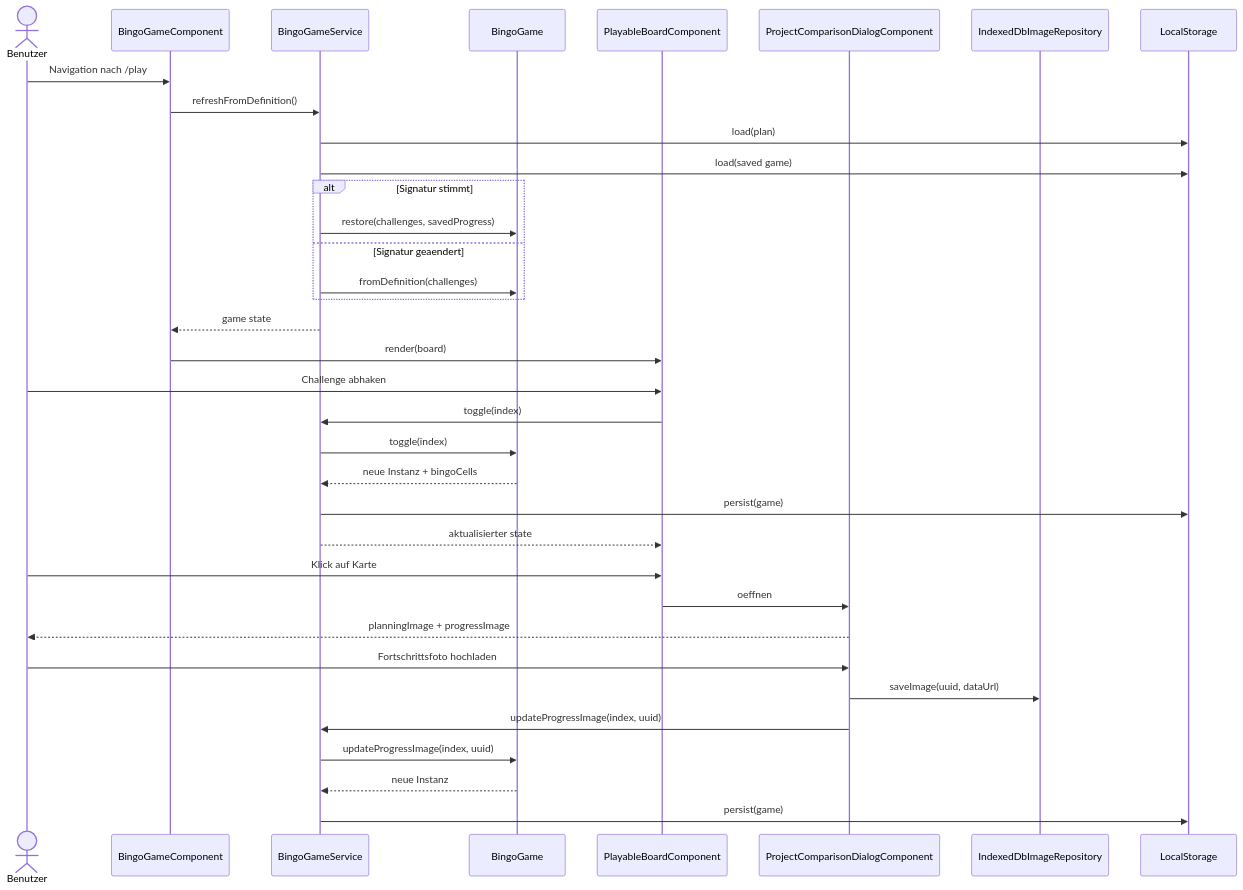
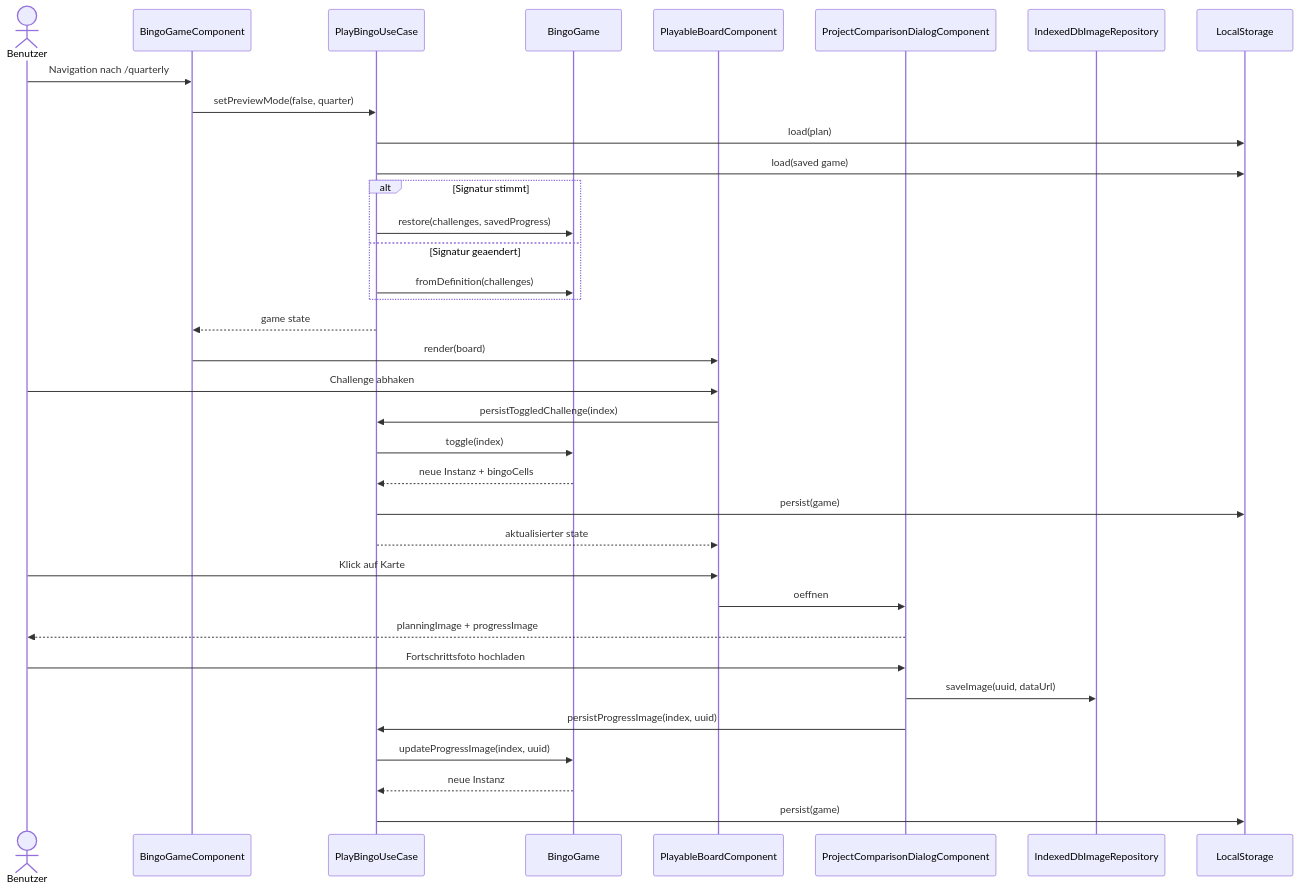
One commit to flingoflux/knitting-quarterly-bingo changed diagram 11 of 16 in docs/arc42.md. Above: the diagram before and after it, drawn with Mermaid. The commit also changed other lines of this file, not shown here.

````diff
--- a/docs/arc42.md
+++ b/docs/arc42.md
@@ -415,41 +387,41 @@
 ```mermaid
 sequenceDiagram
   actor Benutzer
   participant BGC as BingoGameComponent
-  participant BGS as BingoGameService
+  participant PB as PlayBingoUseCase
   participant BG as BingoGame
   participant PBC as PlayableBoardComponent
   participant PCDC as ProjectComparisonDialogComponent
   participant IDB as IndexedDbImageRepository
   participant LocalStorage
 
-  Benutzer->>BGC: Navigation nach /play
-  BGC->>BGS: refreshFromDefinition()
-  BGS->>LocalStorage: load(plan)
-  BGS->>LocalStorage: load(saved game)
+  Benutzer->>BGC: Navigation nach /quarterly
+  BGC->>PB: setPreviewMode(false, quarter)
+  PB->>LocalStorage: load(plan)
+  PB->>LocalStorage: load(saved game)
   alt Signatur stimmt
-    BGS->>BG: restore(challenges, savedProgress)
+    PB->>BG: restore(challenges, savedProgress)
   else Signatur geaendert
-    BGS->>BG: fromDefinition(challenges)
+    PB->>BG: fromDefinition(challenges)
   end
-  BGS-->>BGC: game state
+  PB-->>BGC: game state
   BGC->>PBC: render(board)
 
   Benutzer->>PBC: Challenge abhaken
-  PBC->>BGS: toggle(index)
-  BGS->>BG: toggle(index)
-  BG-->>BGS: neue Instanz + bingoCells
-  BGS->>LocalStorage: persist(game)
-  BGS-->>PBC: aktualisierter state
+  PBC->>PB: persistToggledChallenge(index)
+  PB->>BG: toggle(index)
+  BG-->>PB: neue Instanz + bingoCells
+  PB->>LocalStorage: persist(game)
+  PB-->>PBC: aktualisierter state
 
   Benutzer->>PBC: Klick auf Karte
   PBC->>PCDC: oeffnen
   PCDC-->>Benutzer: planningImage + progressImage
 
   Benutzer->>PCDC: Fortschrittsfoto hochladen
   PCDC->>IDB: saveImage(uuid, dataUrl)
-  PCDC->>BGS: updateProgressImage(index, uuid)
-  BGS->>BG: updateProgressImage(index, uuid)
-  BG-->>BGS: neue Instanz
-  BGS->>LocalStorage: persist(game)
+  PCDC->>PB: persistProgressImage(index, uuid)
+  PB->>BG: updateProgressImage(index, uuid)
+  BG-->>PB: neue Instanz
+  PB->>LocalStorage: persist(game)
 ```
````
